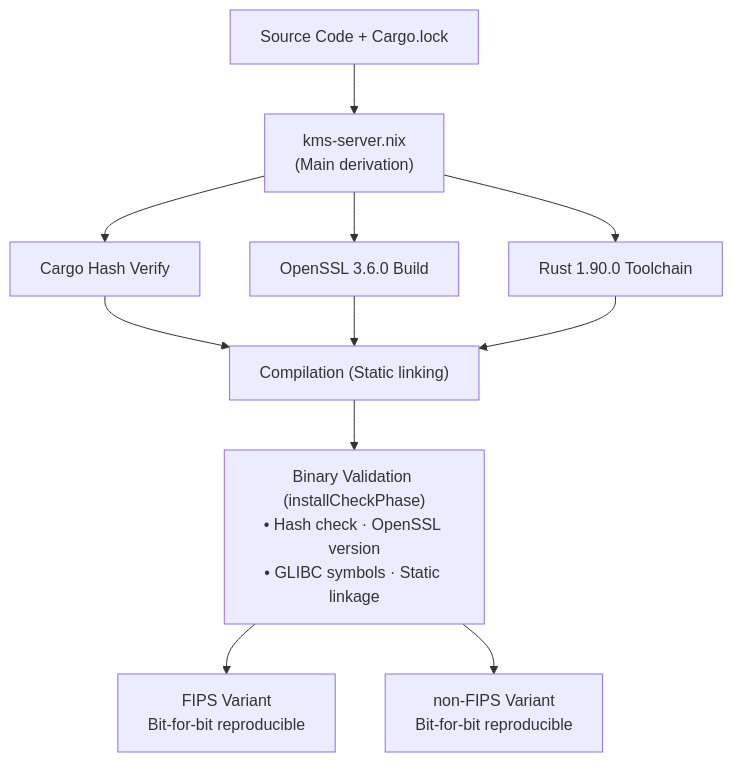
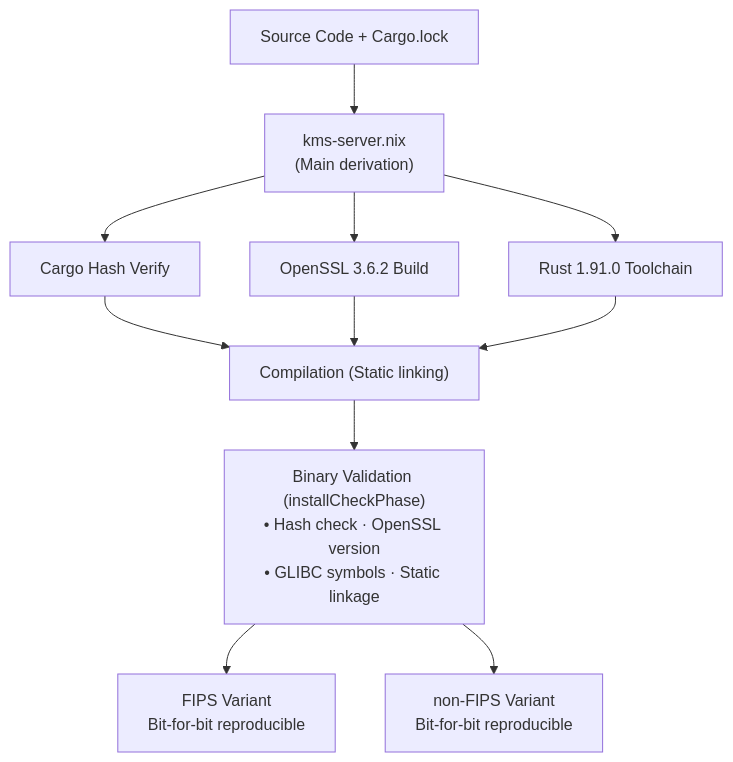
One commit to Cosmian/kms changed the first of 10 diagrams in nix/README.md. Above: the diagram before and after it, drawn with Mermaid. The commit also changed other lines of this file and 52 other files, not shown here.

````diff
--- a/nix/README.md
+++ b/nix/README.md
@@ -7,17 +7,17 @@
 ```mermaid
 flowchart TB
     src["Source Code + Cargo.lock"]
     kms_nix["kms-server.nix<br/>(Main derivation)"]
     src --> kms_nix
     cargo["Cargo Hash Verify"]
-    openssl["OpenSSL 3.6.0 Build"]
-    rust["Rust 1.90.0 Toolchain"]
+    openssl["OpenSSL 3.6.2 Build"]
+    rust["Rust 1.91.0 Toolchain"]
     kms_nix --> cargo & openssl & rust
     compile["Compilation (Static linking)"]
     cargo & openssl & rust --> compile
     validate["Binary Validation (installCheckPhase)<br/>• Hash check · OpenSSL version<br/>• GLIBC symbols · Static linkage"]
     compile --> validate
     fips["FIPS Variant<br/>Bit-for-bit reproducible"]
     nonfips["non-FIPS Variant<br/>Bit-for-bit reproducible"]
     validate --> fips & nonfips
 ```
````
